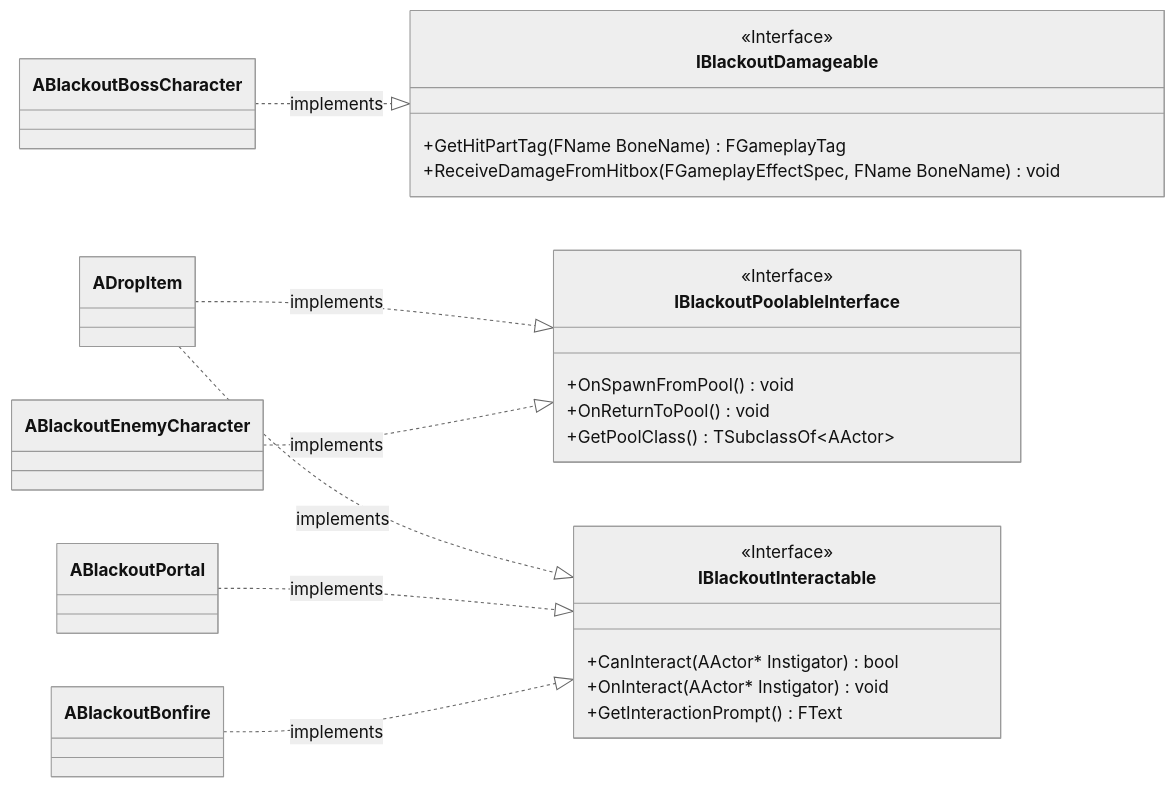
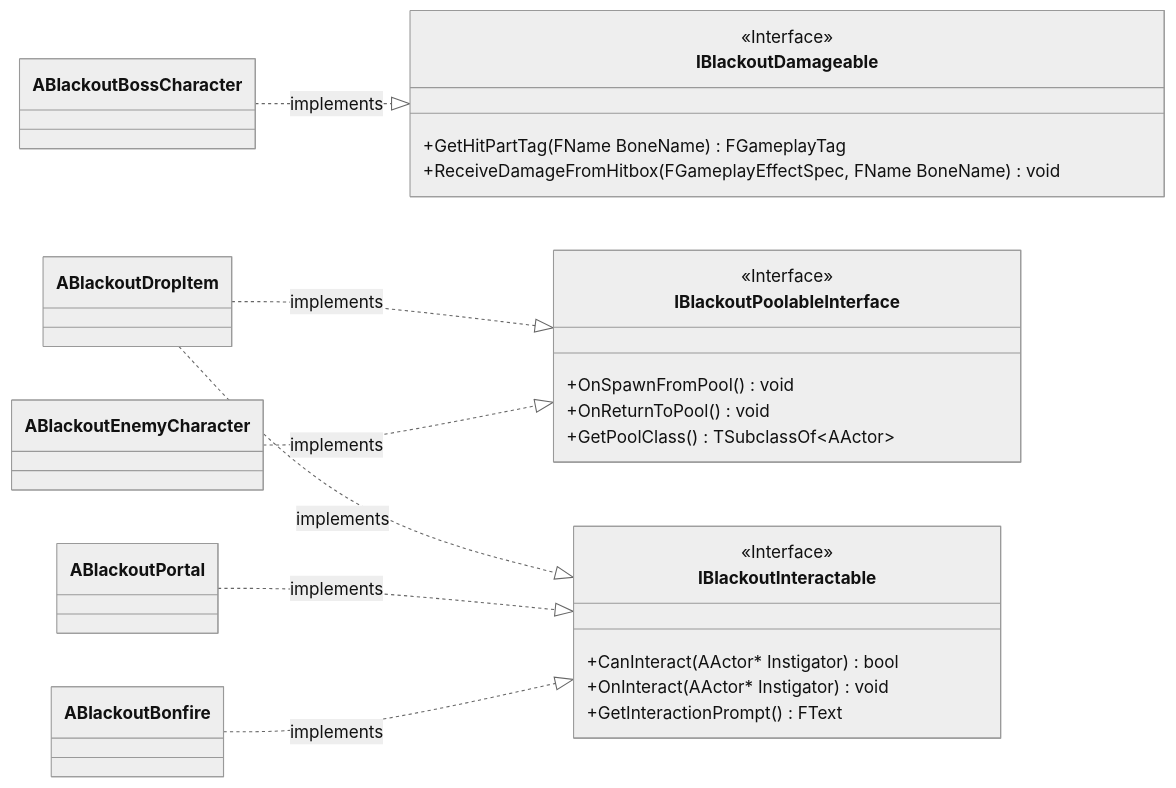
Before and after one commit to seongwon1579/ProjectBlackout: the diagram in Docs/Foundation/04_Common_Interfaces.md, drawn with Mermaid (neutral theme). The commit also changed 6 other files, not shown here.

````diff
--- a/Docs/Foundation/04_Common_Interfaces.md
+++ b/Docs/Foundation/04_Common_Interfaces.md
@@ -5,31 +5,31 @@
 ```mermaid
 classDiagram
     direction LR
 
     class IBlackoutPoolableInterface {
         <<Interface>>
         +OnSpawnFromPool() void
         +OnReturnToPool() void
         +GetPoolClass() TSubclassOf~AActor~
     }
 
     class IBlackoutInteractable {
         <<Interface>>
         +CanInteract(AActor* Instigator) bool
         +OnInteract(AActor* Instigator) void
         +GetInteractionPrompt() FText
     }
 
     class IBlackoutDamageable {
         <<Interface>>
         +GetHitPartTag(FName BoneName) FGameplayTag
         +ReceiveDamageFromHitbox(FGameplayEffectSpec, FName BoneName) void
     }
 
     ABlackoutEnemyCharacter ..|> IBlackoutPoolableInterface : implements
     ABlackoutBossCharacter ..|> IBlackoutDamageable : implements
     ABlackoutBonfire ..|> IBlackoutInteractable : implements
     ABlackoutPortal ..|> IBlackoutInteractable : implements
-    ADropItem ..|> IBlackoutInteractable : implements
-    ADropItem ..|> IBlackoutPoolableInterface : implements
+    ABlackoutDropItem ..|> IBlackoutInteractable : implements
+    ABlackoutDropItem ..|> IBlackoutPoolableInterface : implements
 ```
````
